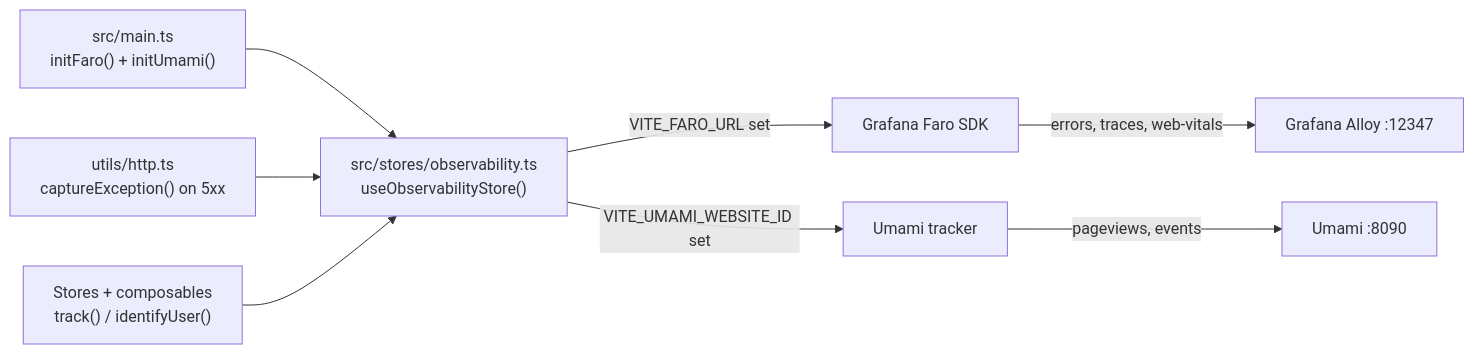
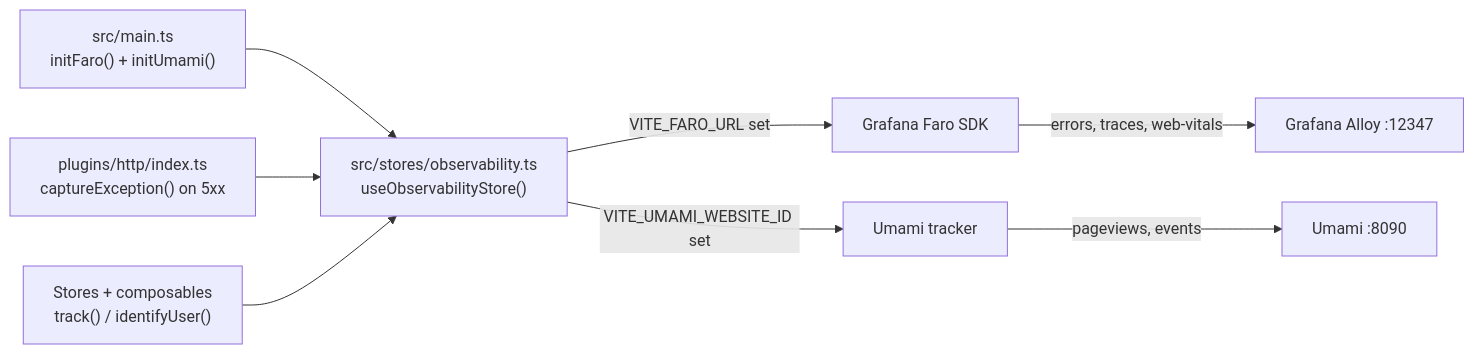
One commit to Guebbit/boilerplate-vue-frontend changed the diagram in docs/tools/observability.md. Above: the diagram before and after it, drawn with Mermaid. The commit also changed other lines of this file and 148 other files, not shown here.

````diff
--- a/docs/tools/observability.md
+++ b/docs/tools/observability.md
@@ -16,16 +16,16 @@
 ```mermaid
 %%{init: {'flowchart': {'nodeSpacing': 50, 'rankSpacing': 65}}}%%
 flowchart LR
     Main["src/main.ts\ninitFaro() + initUmami()"]
     Store["src/stores/observability.ts\nuseObservabilityStore()"]
-    HTTP["utils/http.ts\ncaptureException() on 5xx"]
+    HTTP["plugins/http/index.ts\ncaptureException() on 5xx"]
     Components["Stores + composables\ntrack() / identifyUser()"]
 
     Main --> Store
     HTTP --> Store
     Components --> Store
     Store -->|VITE_FARO_URL set| Faro["Grafana Faro SDK"]
     Store -->|VITE_UMAMI_WEBSITE_ID set| Umami["Umami tracker"]
     Faro -->|errors, traces, web-vitals| Alloy["Grafana Alloy :12347"]
     Umami -->|pageviews, events| UmamiServer["Umami :8090"]
 ```
````
